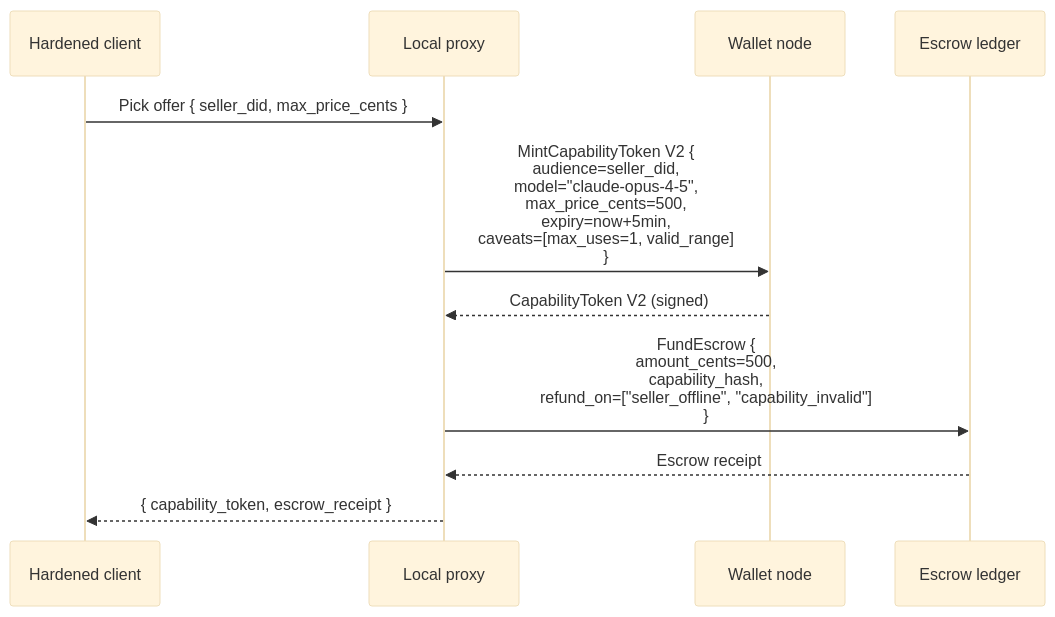
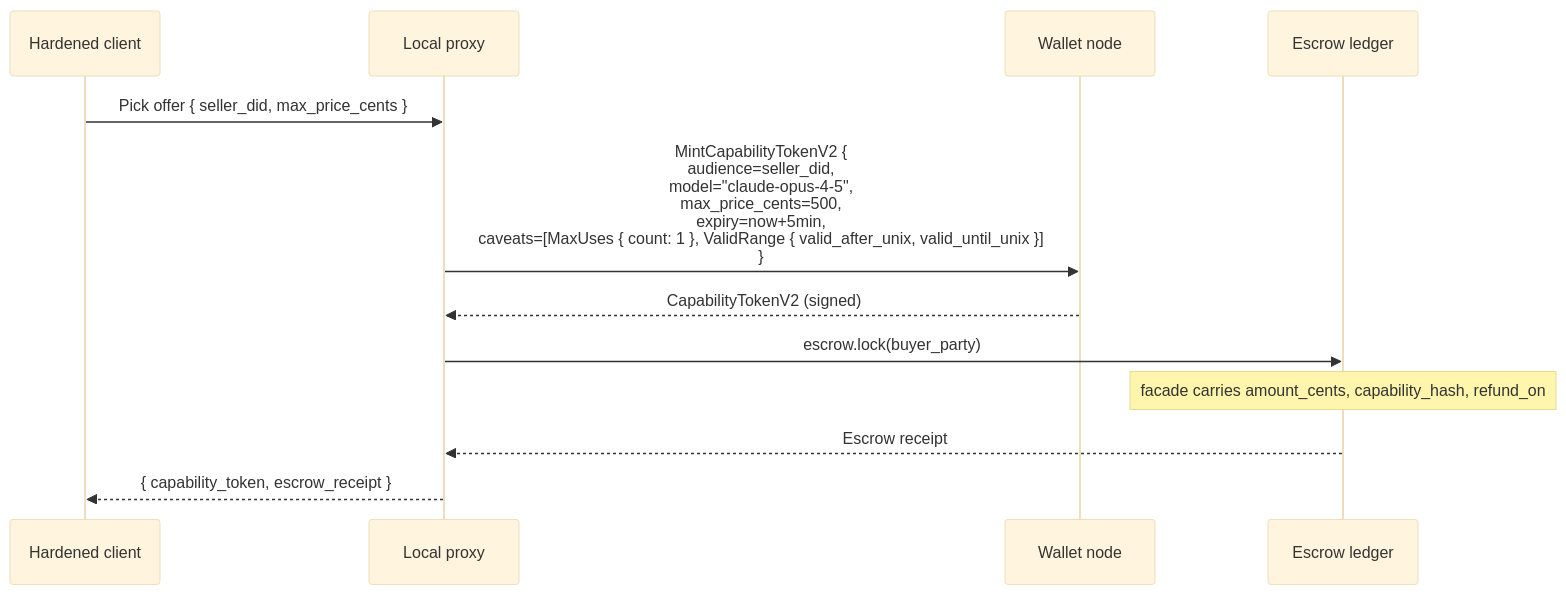
The seventh of 14 diagrams in docs/architecture/end-to-end-scenarios.md (CipherOcto/cipherocto), drawn with Mermaid (base theme) before and after one commit. The commit also changed other lines of this file, not shown here.

````diff
--- a/docs/architecture/end-to-end-scenarios.md
+++ b/docs/architecture/end-to-end-scenarios.md
@@ -311,14 +311,15 @@
 ```mermaid
 sequenceDiagram
     participant C as Hardened client
     participant P as Local proxy
     participant W as Wallet node
     participant E as Escrow ledger
 
     C->>P: Pick offer { seller_did, max_price_cents }
-    P->>W: MintCapabilityToken V2 {<br/>  audience=seller_did,<br/>  model="claude-opus-4-5",<br/>  max_price_cents=500,<br/>  expiry=now+5min,<br/>  caveats=[max_uses=1, valid_range]<br/>}
-    W-->>P: CapabilityToken V2 (signed)
-    P->>E: FundEscrow {<br/>  amount_cents=500,<br/>  capability_hash,<br/>  refund_on=["seller_offline", "capability_invalid"]<br/>}
+    P->>W: MintCapabilityTokenV2 {<br/>  audience=seller_did,<br/>  model="claude-opus-4-5",<br/>  max_price_cents=500,<br/>  expiry=now+5min,<br/>  caveats=[MaxUses { count: 1 }, ValidRange { valid_after_unix, valid_until_unix }]<br/>}
+    W-->>P: CapabilityTokenV2 (signed)
+    P->>E: escrow.lock(buyer_party)
+    Note over E: facade carries amount_cents, capability_hash, refund_on
     E-->>P: Escrow receipt
     P-->>C: { capability_token, escrow_receipt }
 ```
````
